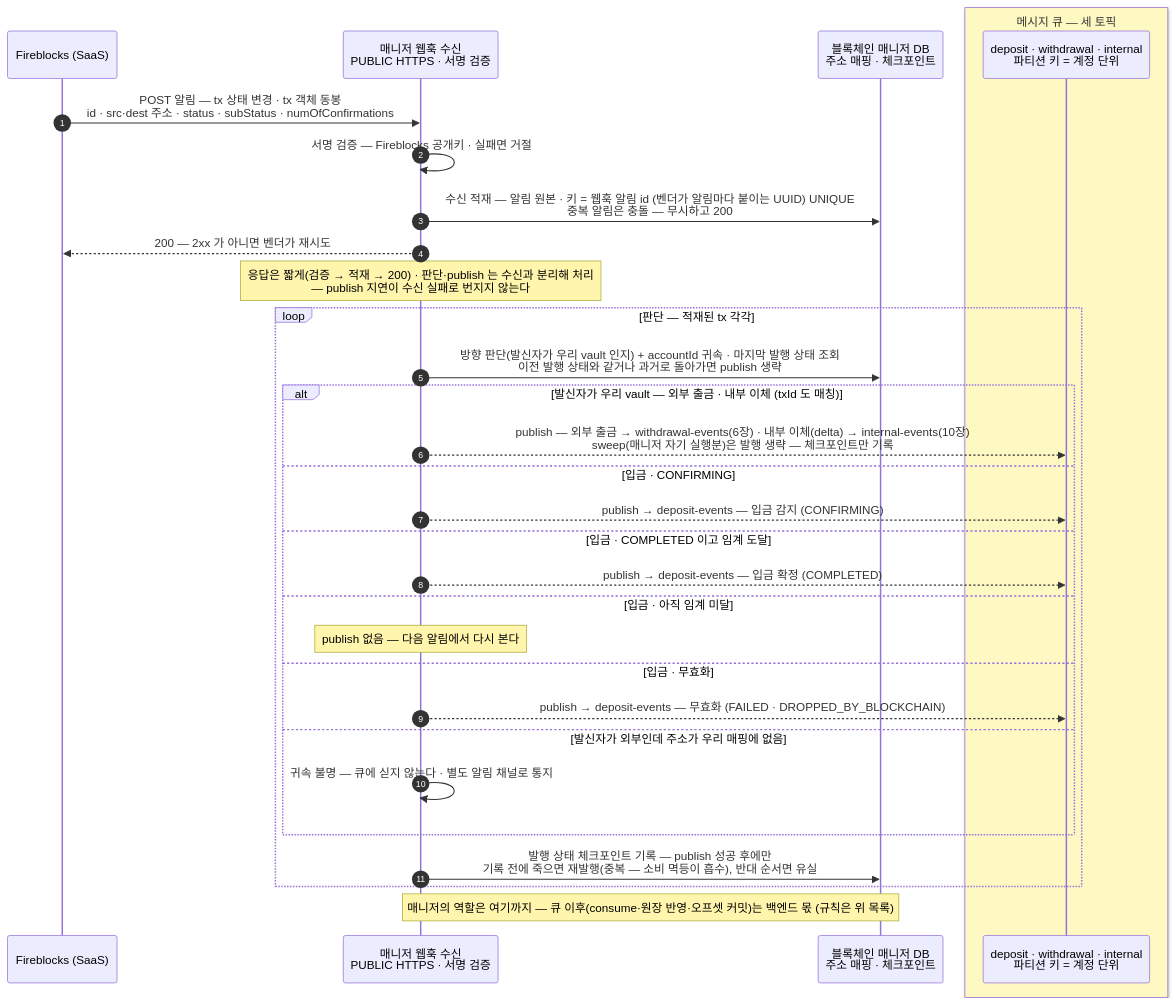
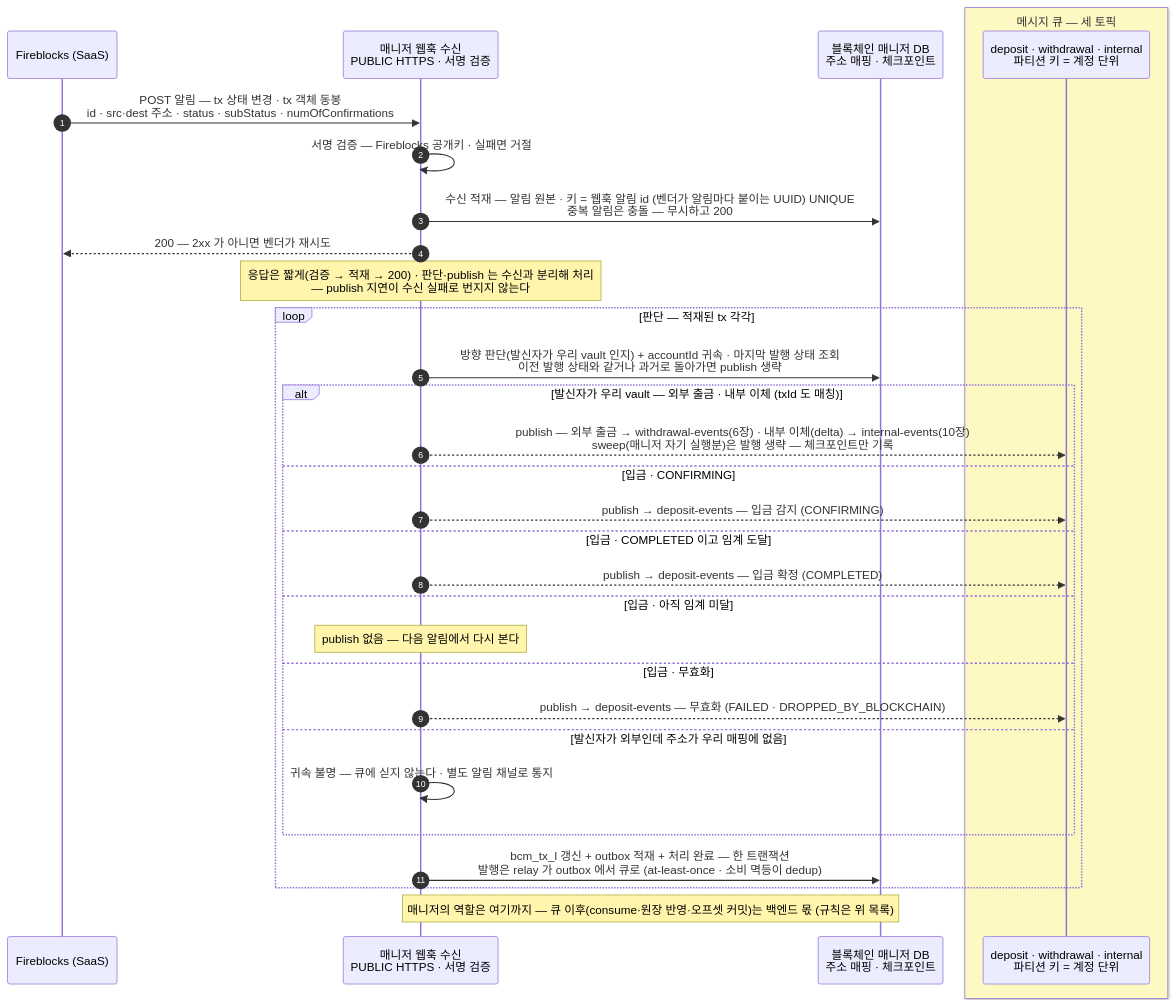
Before and after one commit to eunsujeo/eunpus: the first of 2 diagrams in blockchain-manager/docs/블록체인매니저/설계/04-detect-confirm.md, drawn with Mermaid. The commit also changed other lines of this file and 9 other files, not shown here.

````diff
--- a/blockchain-manager/docs/블록체인매니저/설계/04-detect-confirm.md
+++ b/blockchain-manager/docs/블록체인매니저/설계/04-detect-confirm.md
@@ -77,35 +77,35 @@
 ```mermaid
 sequenceDiagram
     autonumber
     participant FB as Fireblocks (SaaS)
     participant WH as 매니저 웹훅 수신<br/>PUBLIC HTTPS · 서명 검증
     participant MDB as 블록체인 매니저 DB<br/>주소 매핑 · 체크포인트
     box rgb(254,249,195) 메시지 큐 — 세 토픽
     participant MQ as deposit · withdrawal · internal<br/>파티션 키 = 계정 단위
     end
 
     FB->>WH: POST 알림 — tx 상태 변경 · tx 객체 동봉<br/>id · src·dest 주소 · status · subStatus · numOfConfirmations
     WH->>WH: 서명 검증 — Fireblocks 공개키 · 실패면 거절
     WH->>MDB: 수신 적재 — 알림 원본 · 키 = 웹훅 알림 id (벤더가 알림마다 붙이는 UUID) UNIQUE<br/>중복 알림은 충돌 — 무시하고 200
     WH-->>FB: 200 — 2xx 가 아니면 벤더가 재시도
     Note over WH: 응답은 짧게(검증 → 적재 → 200) · 판단·publish 는 수신과 분리해 처리<br/>— publish 지연이 수신 실패로 번지지 않는다
 
     loop 판단 — 적재된 tx 각각
         WH->>MDB: 방향 판단(발신자가 우리 vault 인지) + accountId 귀속 · 마지막 발행 상태 조회<br/>이전 발행 상태와 같거나 과거로 돌아가면 publish 생략
         alt 발신자가 우리 vault — 외부 출금 · 내부 이체 (txId 도 매칭)
             WH-->>MQ: publish — 외부 출금 → withdrawal-events(6장) · 내부 이체(delta) → internal-events(10장)<br/>sweep(매니저 자기 실행분)은 발행 생략 — 체크포인트만 기록
         else 입금 · CONFIRMING
             WH-->>MQ: publish → deposit-events — 입금 감지 (CONFIRMING)
         else 입금 · COMPLETED 이고 임계 도달
             WH-->>MQ: publish → deposit-events — 입금 확정 (COMPLETED)
         else 입금 · 아직 임계 미달
             Note over WH: publish 없음 — 다음 알림에서 다시 본다
         else 입금 · 무효화
             WH-->>MQ: publish → deposit-events — 무효화 (FAILED · DROPPED_BY_BLOCKCHAIN)
         else 발신자가 외부인데 주소가 우리 매핑에 없음
             WH->>WH: 귀속 불명 — 큐에 싣지 않는다 · 별도 알림 채널로 통지
         end
-        WH->>MDB: 발행 상태 체크포인트 기록 — publish 성공 후에만<br/>기록 전에 죽으면 재발행(중복 — 소비 멱등이 흡수), 반대 순서면 유실
+        WH->>MDB: bcm_tx_l 갱신 + outbox 적재 + 처리 완료 — 한 트랜잭션<br/>발행은 relay 가 outbox 에서 큐로 (at-least-once · 소비 멱등이 dedup)
     end
     Note over WH,MDB: 매니저의 역할은 여기까지 — 큐 이후(consume·원장 반영·오프셋 커밋)는 백엔드 몫 (규칙은 위 목록)
 ```
````
